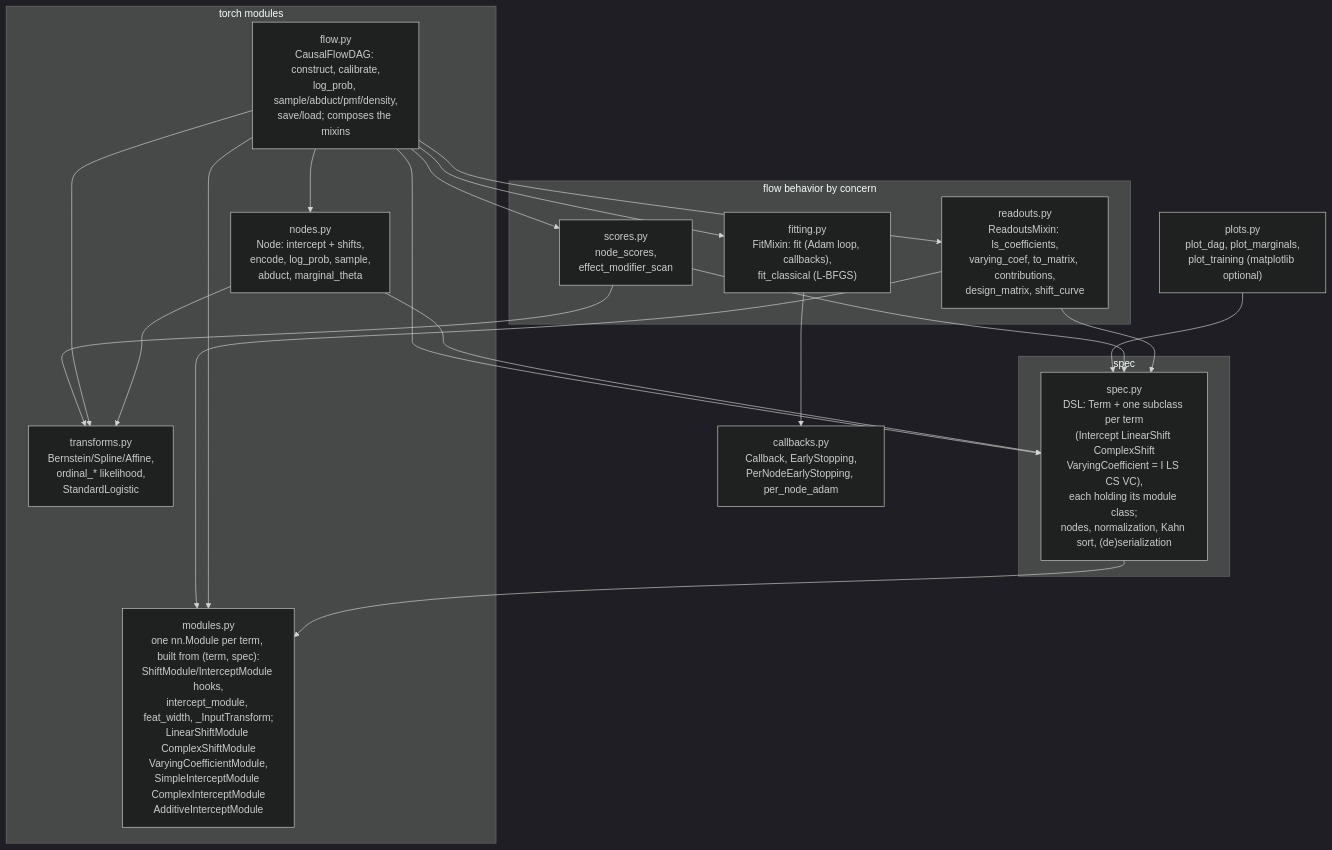
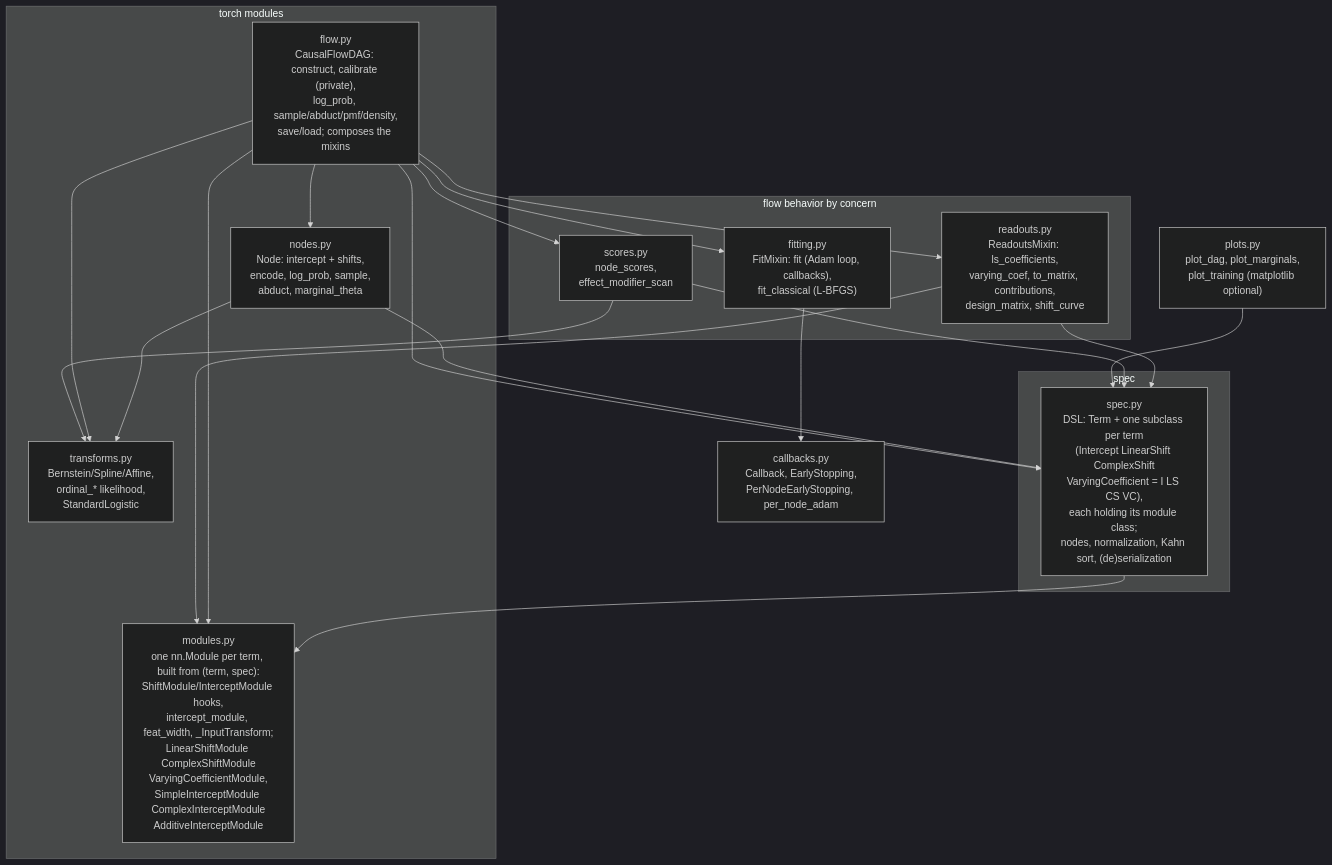
The first of 6 diagrams in docs/architecture.md (tensorchiefs/tramdag), drawn with Mermaid (dark theme) before and after one commit. The commit also changed other lines of this file and 13 other files, not shown here.

First line of the commit message:
refactor(flow)!: calibration is private; fit calibrates on its first run

````diff
--- a/docs/architecture.md
+++ b/docs/architecture.md
@@ -9,36 +9,36 @@
 ```mermaid
 graph TD
     subgraph data["spec"]
         spec["spec.py<br/>DSL: Term + one subclass per term<br/>(Intercept LinearShift ComplexShift<br/>VaryingCoefficient = I LS CS VC),<br/>each holding its module class;<br/>nodes, normalization, Kahn sort, (de)serialization"]
     end
     subgraph torch["torch modules"]
         modules["modules.py<br/>one nn.Module per term, built from (term, spec):<br/>ShiftModule/InterceptModule hooks,<br/>intercept_module, feat_width, _InputTransform;<br/>LinearShiftModule ComplexShiftModule<br/>VaryingCoefficientModule,<br/>SimpleInterceptModule ComplexInterceptModule<br/>AdditiveInterceptModule"]
         transforms["transforms.py<br/>Bernstein/Spline/Affine,<br/>ordinal_* likelihood,<br/>StandardLogistic"]
         nodes["nodes.py<br/>Node: intercept + shifts,<br/>encode, log_prob, sample,<br/>abduct, marginal_theta"]
-        flow["flow.py<br/>CausalFlowDAG: construct, calibrate,<br/>log_prob, sample/abduct/pmf/density,<br/>save/load; composes the mixins"]
+        flow["flow.py<br/>CausalFlowDAG: construct, calibrate (private),<br/>log_prob, sample/abduct/pmf/density,<br/>save/load; composes the mixins"]
     end
     subgraph functions["flow behavior by concern"]
         fitting["fitting.py<br/>FitMixin: fit (Adam loop, callbacks),<br/>fit_classical (L-BFGS)"]
         readouts["readouts.py<br/>ReadoutsMixin: ls_coefficients,<br/>varying_coef, to_matrix, contributions,<br/>design_matrix, shift_curve"]
         scores["scores.py<br/>node_scores,<br/>effect_modifier_scan"]
     end
     callbacks["callbacks.py<br/>Callback, EarlyStopping,<br/>PerNodeEarlyStopping, per_node_adam"]
     plots["plots.py<br/>plot_dag, plot_marginals,<br/>plot_training (matplotlib optional)"]
 
     spec --> modules
     nodes --> spec
     nodes --> transforms
     flow --> nodes
     flow --> modules
     flow --> spec
     flow --> transforms
     flow --> fitting
     flow --> readouts
     flow --> scores
     fitting --> callbacks
     readouts --> modules
     readouts --> spec
     scores --> spec
     scores --> transforms
     plots --> spec
 ```
````
